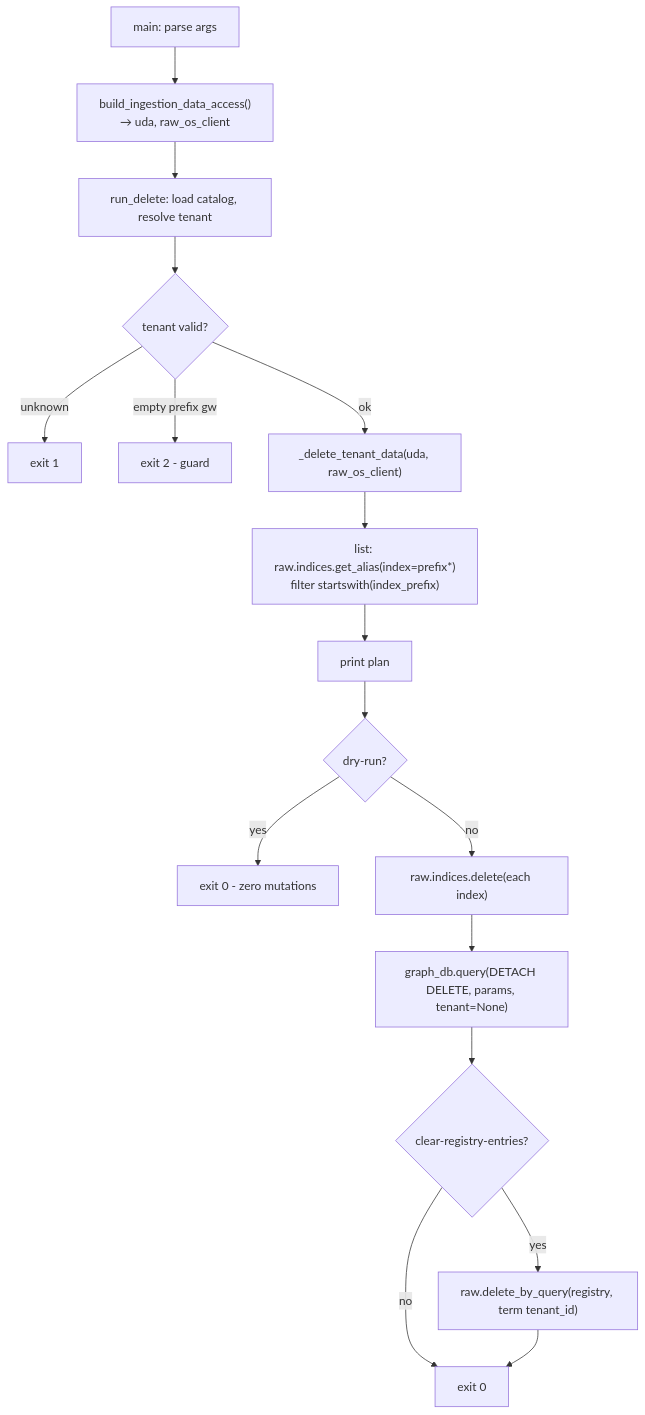
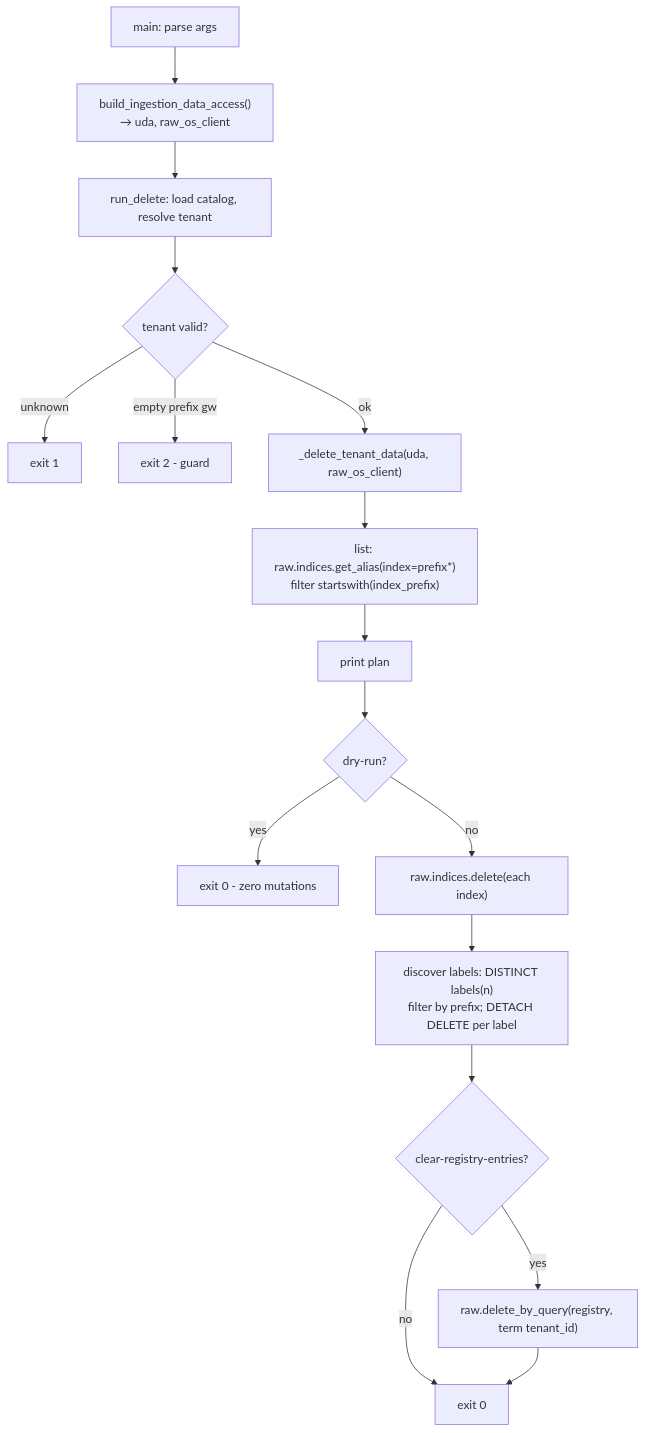
Before and after one commit to TerrenceMcGuinness-NOAA/MDC-MCP-GraphRAG: the diagram in .kiro/specs/rollback-cli-real-adapters/design.md, drawn with Mermaid. The commit also changed other lines of this file and 3 other files, not shown here.

````diff
--- a/.kiro/specs/rollback-cli-real-adapters/design.md
+++ b/.kiro/specs/rollback-cli-real-adapters/design.md
@@ -189,19 +211,19 @@
 ```mermaid
 flowchart TD
     A[main: parse args] --> B["build_ingestion_data_access()<br/>→ uda, raw_os_client"]
     B --> C[run_delete: load catalog, resolve tenant]
     C --> D{tenant valid?}
     D -->|unknown| E[exit 1]
     D -->|empty prefix gw| F[exit 2 - guard]
     D -->|ok| G["_delete_tenant_data(uda, raw_os_client)"]
     G --> H["list: raw.indices.get_alias(index=prefix*)<br/>filter startswith(index_prefix)"]
     H --> I[print plan]
     I --> J{dry-run?}
     J -->|yes| K[exit 0 - zero mutations]
     J -->|no| L["raw.indices.delete(each index)"]
-    L --> M["graph_db.query(DETACH DELETE, params, tenant=None)"]
+    L --> M["discover labels: DISTINCT labels(n)<br/>filter by prefix; DETACH DELETE per label"]
     M --> N{clear-registry-entries?}
     N -->|yes| O["raw.delete_by_query(registry, term tenant_id)"]
     N -->|no| P[done]
     O --> P[exit 0]
 ```
````
